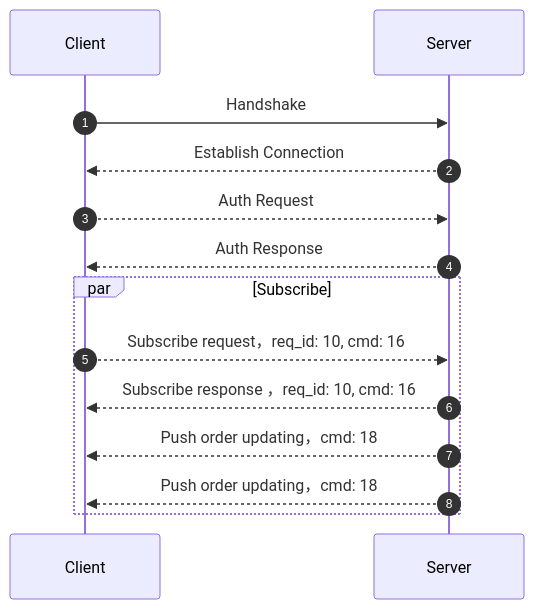
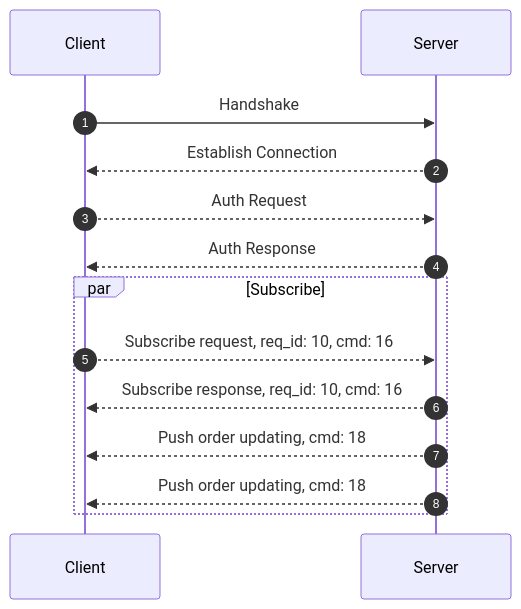
One commit to longbridge/developers changed the diagram in docs/en/docs/socket/how_to_subscribe_trade.mdx. Above: the diagram before and after it, drawn with Mermaid. The commit also changed other lines of this file and 32 other files, not shown here.

````diff
--- a/docs/en/docs/socket/how_to_subscribe_trade.mdx
+++ b/docs/en/docs/socket/how_to_subscribe_trade.mdx
@@ -18,18 +18,18 @@
 ```mermaid
 sequenceDiagram
 autonumber
 Client ->> Server: Handshake
 Server -->> Client: Establish Connection
 Client -->> Server: Auth Request
 Server -->> Client: Auth Response
 
 par Subscribe
-Client -->> Server: Subscribe request，req_id: 10, cmd: 16
-Server -->> Client: Subscribe response ，req_id: 10, cmd: 16
+Client -->> Server: Subscribe request, req_id: 10, cmd: 16
+Server -->> Client: Subscribe response, req_id: 10, cmd: 16
 
-Server -->> Client: Push order updating，cmd: 18
-Server -->> Client: Push order updating，cmd: 18
+Server -->> Client: Push order updating, cmd: 18
+Server -->> Client: Push order updating, cmd: 18
 
 end
 
 ```
````
